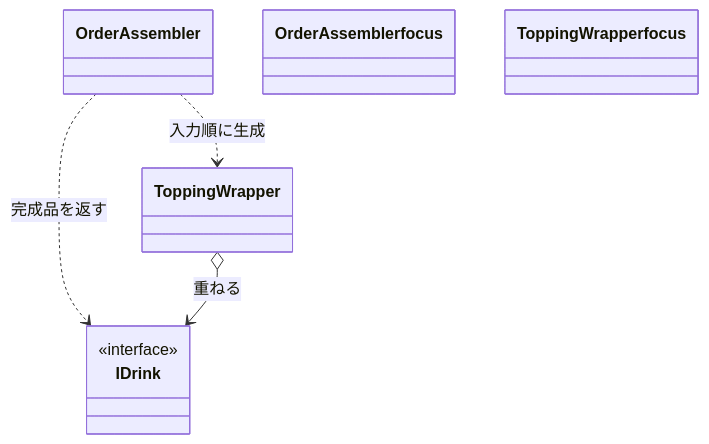
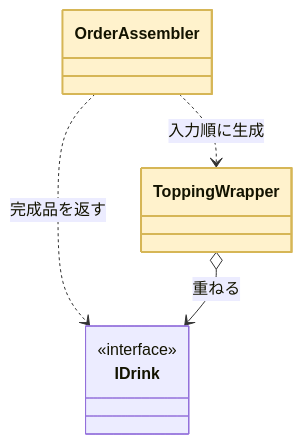
One commit to kumachan1101-pixel/DesignPattern changed the eighth of 16 diagrams in kindle/design-patterns/output/chapter06.md. Above: the diagram before and after it, drawn with Mermaid. The commit also changed other lines of this file and 15 other files, not shown here.

First line of the commit message:
全章classDiagram: phantom浮きクラスを生む着色構文 class X focus を :::focus へ修正（103箇所）

````diff
--- a/kindle/design-patterns/output/chapter06.md
+++ b/kindle/design-patterns/output/chapter06.md
@@ -1095,12 +1095,12 @@
 ```mermaid
 classDiagram
     class OrderAssembler
     class IDrink { <<interface>> }
     class ToppingWrapper
     OrderAssembler ..> ToppingWrapper : 入力順に生成
     OrderAssembler ..> IDrink : 完成品を返す
     ToppingWrapper o--> IDrink : 重ねる
-    class OrderAssembler focus
-    class ToppingWrapper focus
+    class OrderAssembler:::focus
+    class ToppingWrapper:::focus
     classDef focus fill:#FFF2CC,stroke:#D6B656,stroke-width:2px
 ```
````
